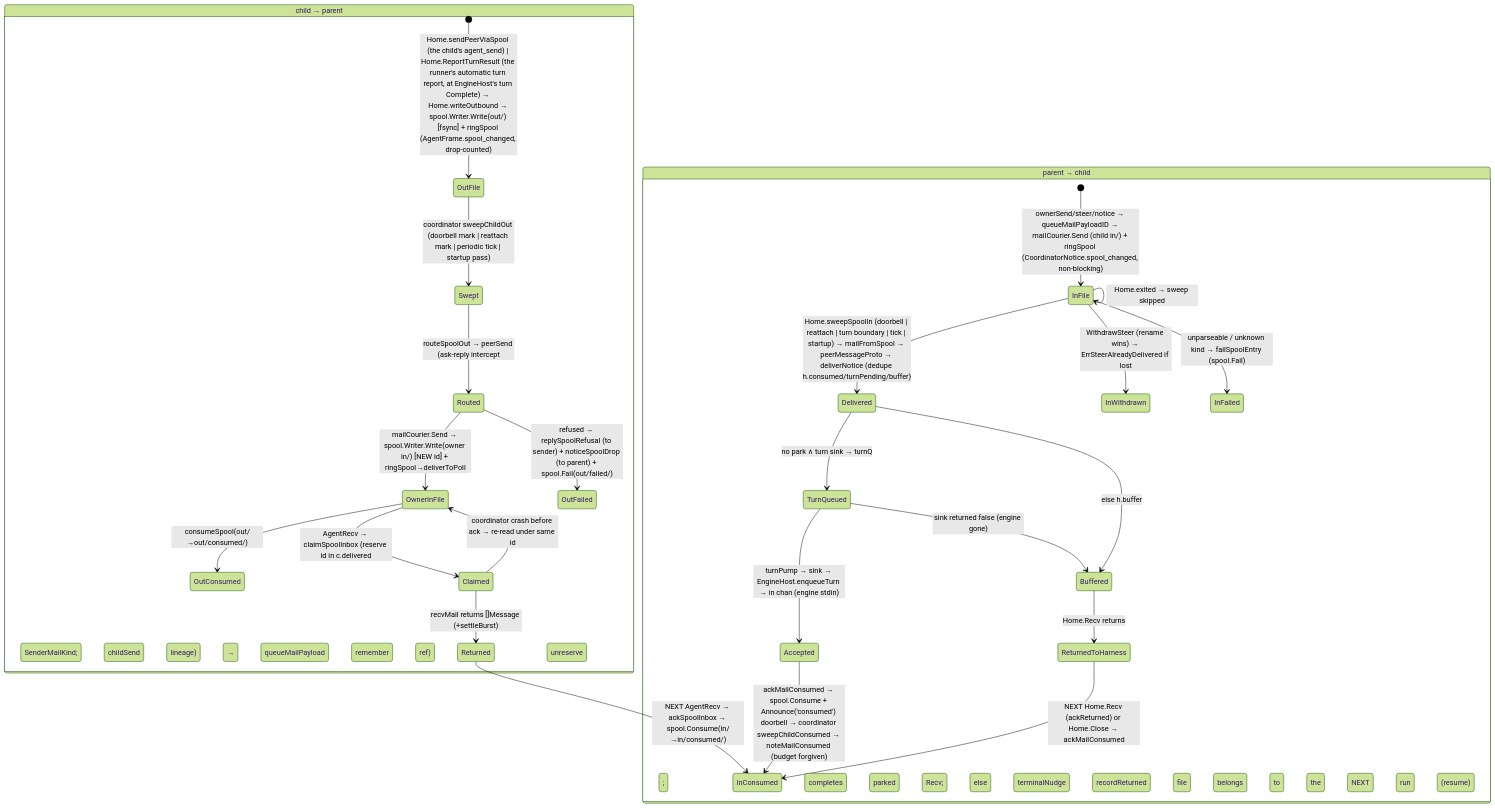
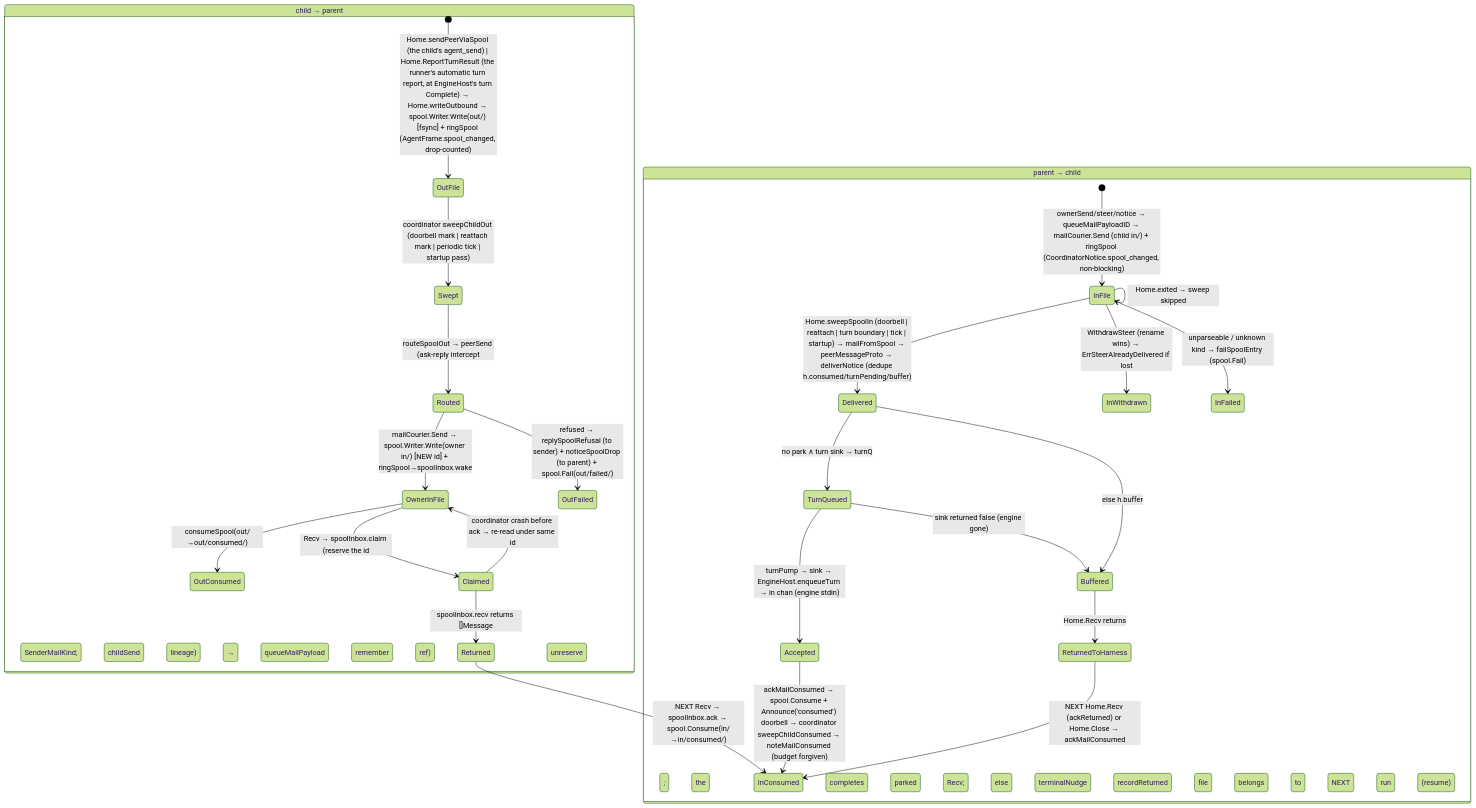
One commit to ctxloom/ctxloom changed the second of 2 diagrams in docs/architecture/agentcoord/overview.md. Above: the diagram before and after it, drawn with Mermaid (forest theme). The commit also changed other lines of this file and 7 other files, not shown here.

First line of the commit message:
docs(architecture): slice 10 as landed — §1.0 coord row, §1.1 coordgrpc, §1.7 bus; the agentcoord graphs

````diff
--- a/docs/architecture/agentcoord/overview.md
+++ b/docs/architecture/agentcoord/overview.md
@@ -168,29 +168,29 @@
 ```mermaid
 stateDiagram-v2
   state "child → parent" as up {
     [*] --> OutFile: Home.sendPeerViaSpool (the child's agent_send) | Home.ReportTurnResult (the runner's automatic turn report, at EngineHost's turn Complete) → Home.writeOutbound → spool.Writer.Write(out/) [fsync] + ringSpool (AgentFrame.spool_changed, drop-counted)
     OutFile --> Swept: coordinator sweepChildOut (doorbell mark | reattach mark | periodic tick | startup pass)
     Swept --> Routed: routeSpoolOut → peerSend (ask-reply intercept; SenderMailKind; childSend lineage) → queueMailPayload
-    Routed --> OwnerInFile: mailCourier.Send → spool.Writer.Write(owner in/) [NEW id] + ringSpool→deliverToPoll
+    Routed --> OwnerInFile: mailCourier.Send → spool.Writer.Write(owner in/) [NEW id] + ringSpool→spoolInbox.wake
     Routed --> OutFailed: refused → replySpoolRefusal (to sender) + noticeSpoolDrop (to parent) + spool.Fail(out/failed/)
     OwnerInFile --> OutConsumed: consumeSpool(out/→out/consumed/)
-    OwnerInFile --> Claimed: AgentRecv → claimSpoolInbox (reserve id in c.delivered; remember ref)
-    Claimed --> Returned: recvMail returns []Message (+settleBurst)
-    Returned --> InConsumed: NEXT AgentRecv → ackSpoolInbox → spool.Consume(in/→in/consumed/); unreserve
+    OwnerInFile --> Claimed: Recv → spoolInbox.claim (reserve the id; remember the ref)
+    Claimed --> Returned: spoolInbox.recv returns []Message
+    Returned --> InConsumed: NEXT Recv → spoolInbox.ack → spool.Consume(in/→in/consumed/); unreserve
     Claimed --> OwnerInFile: coordinator crash before ack → re-read under same id
   }
   state "parent → child" as down {
     [*] --> InFile: ownerSend/steer/notice → queueMailPayloadID → mailCourier.Send (child in/) + ringSpool (CoordinatorNotice.spool_changed, non-blocking)
     InFile --> Delivered: Home.sweepSpoolIn (doorbell | reattach | turn boundary | tick | startup) → mailFromSpool → peerMessageProto → deliverNotice (dedupe h.consumed/turnPending/buffer)
     Delivered --> TurnQueued: no park ∧ turn sink → turnQ
     Delivered --> Buffered: else h.buffer; completes parked Recv; else terminalNudge
     TurnQueued --> Accepted: turnPump → sink → EngineHost.enqueueTurn → in chan (engine stdin)
     Accepted --> InConsumed: ackMailConsumed → spool.Consume + Announce('consumed') doorbell → coordinator sweepChildConsumed → noteMailConsumed (budget forgiven)
     Buffered --> ReturnedToHarness: Home.Recv returns; recordReturned
     ReturnedToHarness --> InConsumed: NEXT Home.Recv (ackReturned) or Home.Close → ackMailConsumed
     TurnQueued --> Buffered: sink returned false (engine gone)
     InFile --> InWithdrawn: WithdrawSteer (rename wins) → ErrSteerAlreadyDelivered if lost
     InFile --> InFailed: unparseable / unknown kind → failSpoolEntry (spool.Fail)
     InFile --> InFile: Home.exited → sweep skipped; file belongs to the NEXT run (resume)
   }
 ```
````
